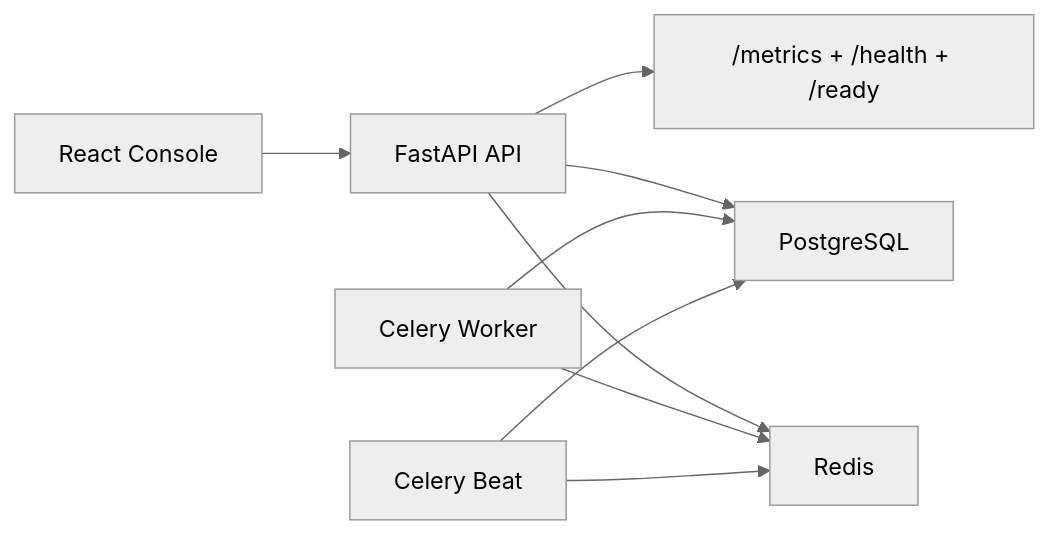
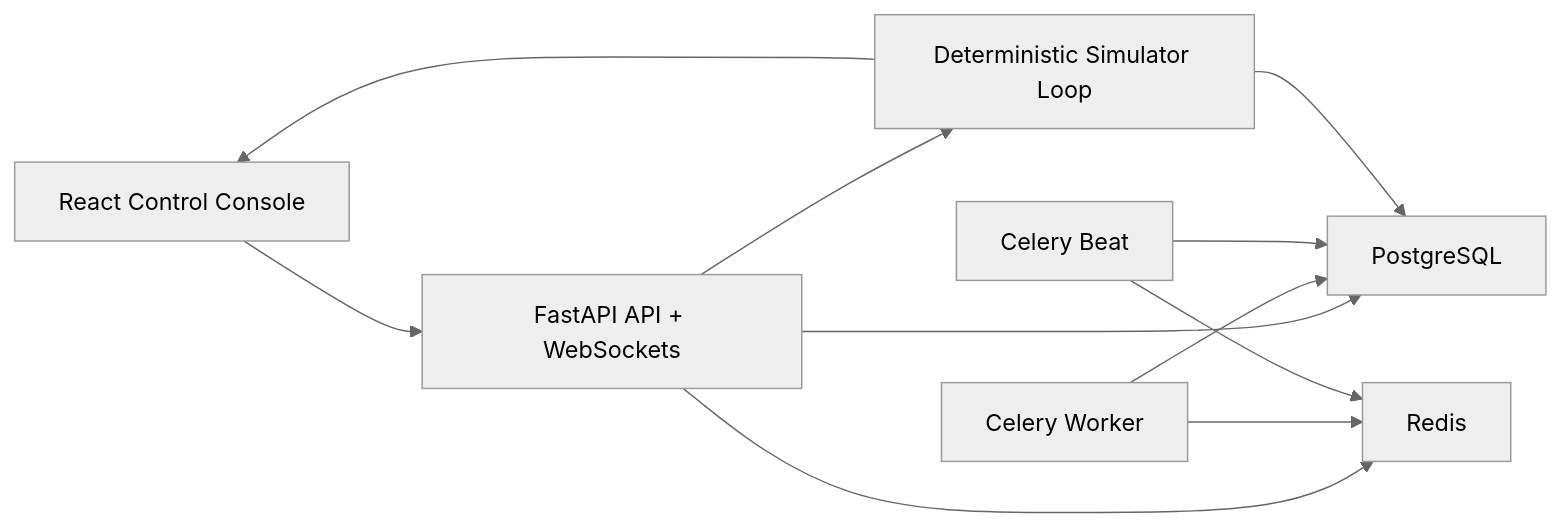
One commit to vamshi1512/SignalOps changed the diagram in README.md. Above: the diagram before and after it, drawn with Mermaid (neutral theme). The commit also changed other lines of this file and 129 other files, not shown here.

````diff
--- a/README.md
+++ b/README.md
@@ -16,11 +35,13 @@
 ```mermaid
 flowchart LR
-  UI["React Console"] --> API["FastAPI API"]
+  UI["React Control Console"] --> API["FastAPI API + WebSockets"]
   API --> PG["PostgreSQL"]
   API --> Redis["Redis"]
+  API --> Sim["Deterministic Simulator Loop"]
   Worker["Celery Worker"] --> Redis
   Beat["Celery Beat"] --> Redis
   Worker --> PG
   Beat --> PG
-  API --> Metrics["/metrics + /health + /ready"]
+  Sim --> PG
+  Sim --> UI
 ```
````
